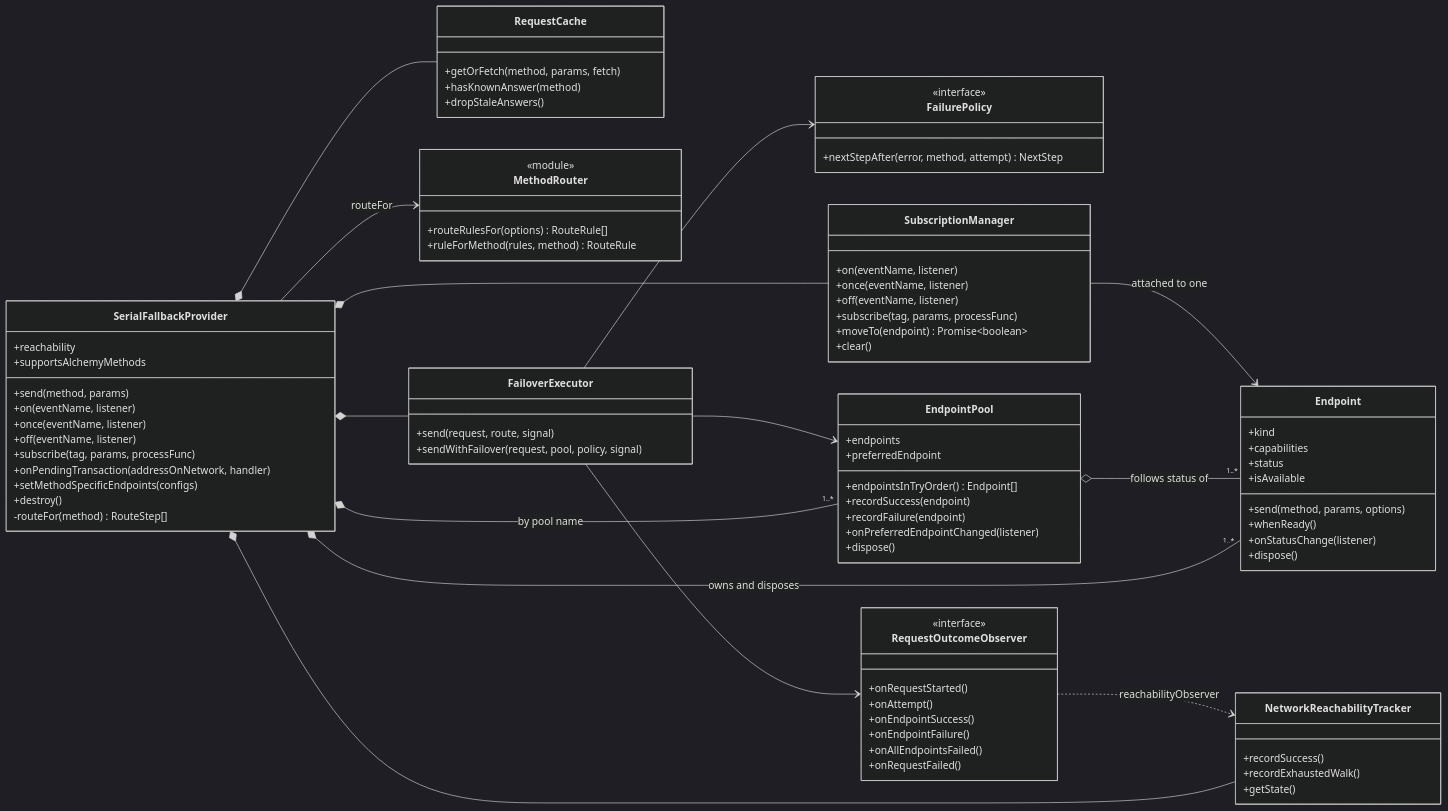
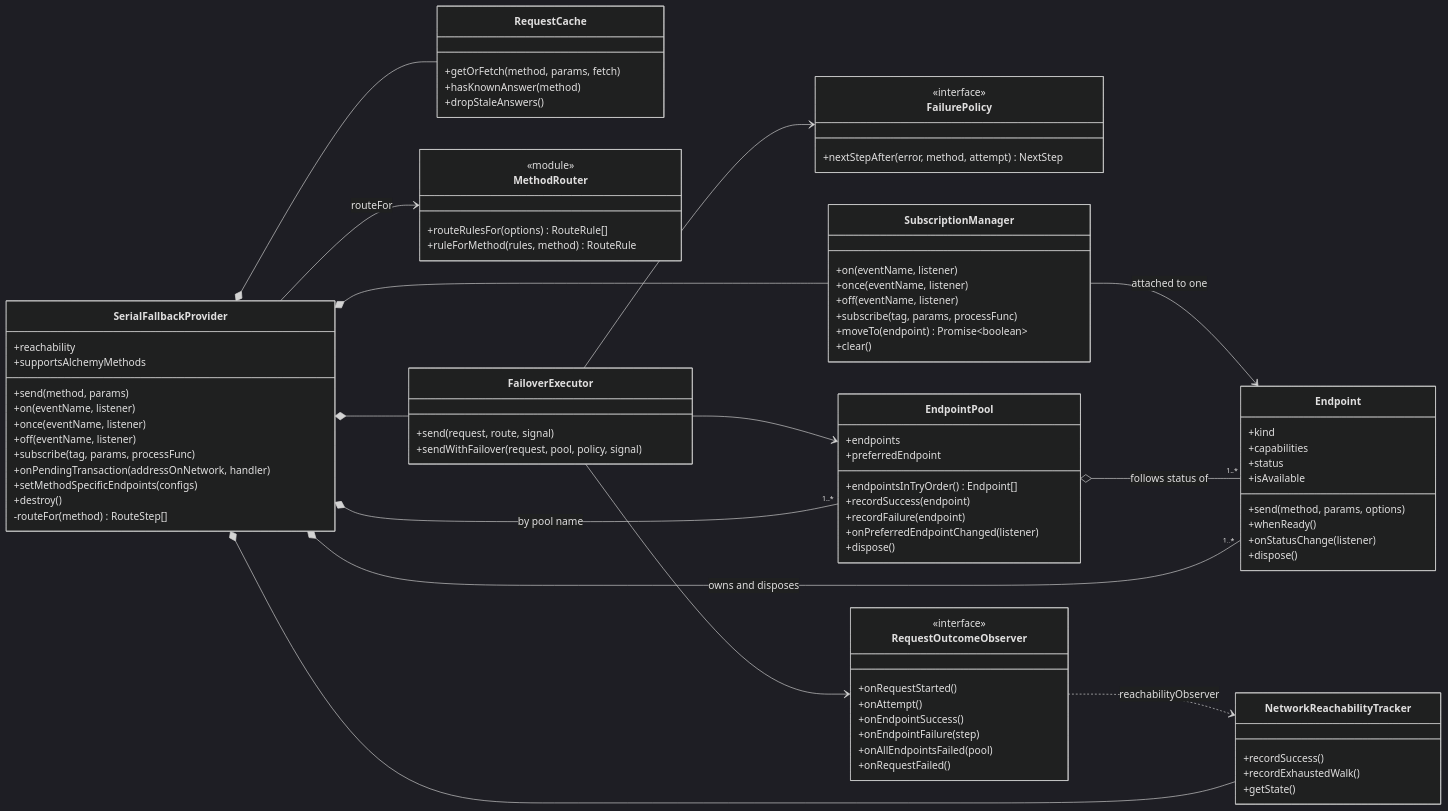
One commit to tahowallet/extension changed the first of 12 diagrams in background/services/chain/ARCHITECTURE.md. Above: the diagram before and after it, drawn with Mermaid (dark theme). The commit also changed other lines of this file, not shown here.

First line of the commit message:
Describe endpoint labels, logging and error context

```diff
--- a/background/services/chain/ARCHITECTURE.md
+++ b/background/services/chain/ARCHITECTURE.md
@@ -108,8 +108,8 @@
     +onRequestStarted()
     +onAttempt()
     +onEndpointSuccess()
-    +onEndpointFailure()
-    +onAllEndpointsFailed()
+    +onEndpointFailure(step)
+    +onAllEndpointsFailed(pool)
     +onRequestFailed()
   }
   class NetworkReachabilityTracker {
```
